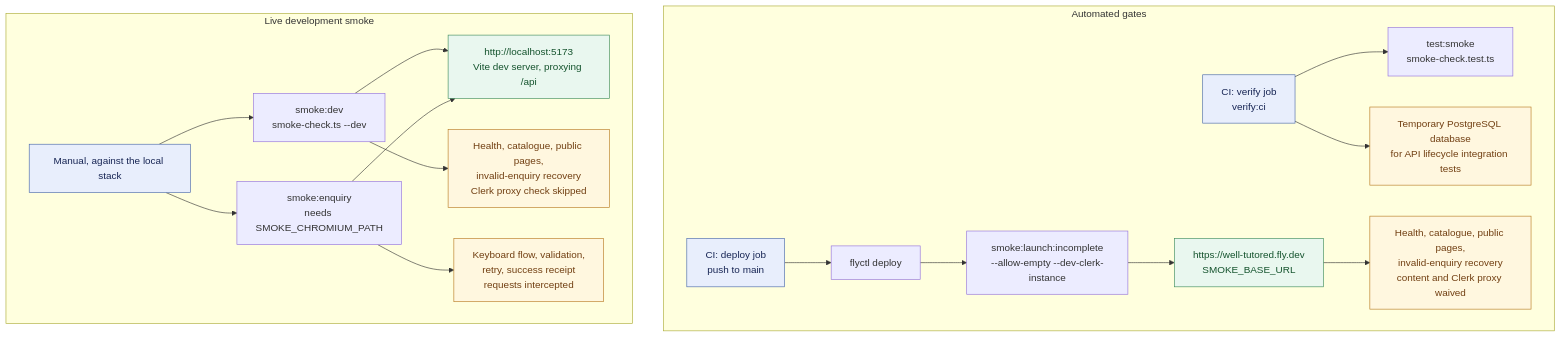
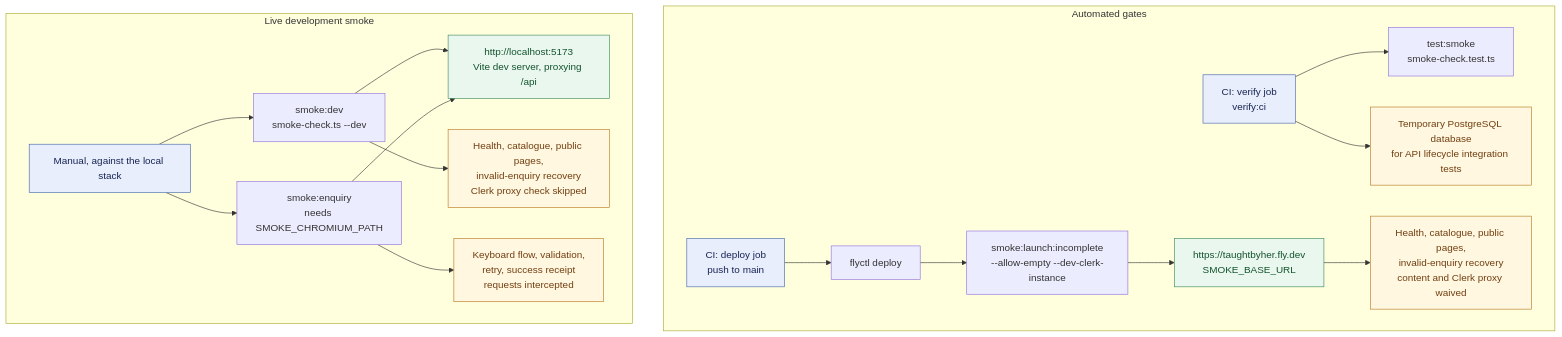
One commit to sumau/well-tutored changed the diagram in docs/testing.md. Above: the diagram before and after it, drawn with Mermaid. The commit also changed other lines of this file and 131 other files, not shown here.

````diff
--- a/docs/testing.md
+++ b/docs/testing.md
@@ -17,27 +17,27 @@
 ```mermaid
 flowchart TB
   subgraph automated["Automated gates"]
     ci["CI: verify job<br/>verify:ci"] --> ciHelpers["test:smoke<br/>smoke-check.test.ts"]
     ci --> ciDb["Temporary PostgreSQL database<br/>for API lifecycle integration tests"]
     deploy["CI: deploy job<br/>push to main"] --> flyDeploy["flyctl deploy"]
     flyDeploy --> deployLaunch["smoke:launch:incomplete<br/>--allow-empty --dev-clerk-instance"]
-    deployLaunch --> deployTarget["https://well-tutored.fly.dev<br/>SMOKE_BASE_URL"]
+    deployLaunch --> deployTarget["https://taughtbyher.fly.dev<br/>SMOKE_BASE_URL"]
     deployTarget --> deployCoverage["Health, catalogue, public pages,<br/>invalid-enquiry recovery<br/>content and Clerk proxy waived"]
   end
 
   subgraph development["Live development smoke"]
     manualDev["Manual, against the local stack"] --> devLaunch["smoke:dev<br/>smoke-check.ts --dev"]
     manualDev --> devBrowser["smoke:enquiry<br/>needs SMOKE_CHROMIUM_PATH"]
     devLaunch --> devTarget["http://localhost:5173<br/>Vite dev server, proxying /api"]
     devBrowser --> devTarget
     devLaunch --> devCoverage["Health, catalogue, public pages,<br/>invalid-enquiry recovery<br/>Clerk proxy check skipped"]
     devBrowser --> devBrowserCoverage["Keyboard flow, validation,<br/>retry, success receipt<br/>requests intercepted"]
   end
 
   classDef gate fill:#e8eefc,stroke:#4666a8,color:#172554
   classDef target fill:#e9f7ef,stroke:#3b8a5a,color:#14532d
   classDef coverage fill:#fff7df,stroke:#b7791f,color:#713f12
   class ci,deploy,manualDev gate
   class devTarget,deployTarget target
   class devCoverage,devBrowserCoverage,deployCoverage,ciDb coverage
 ```
````
